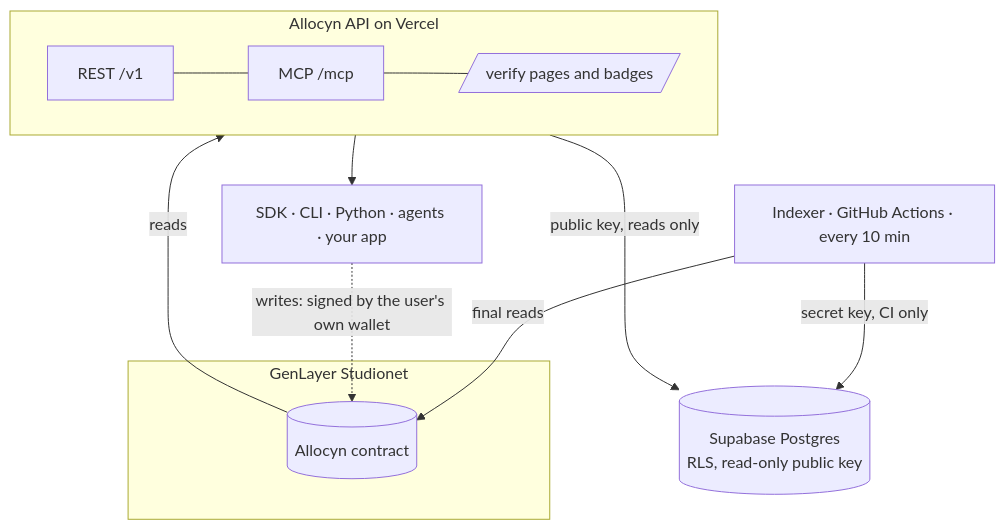
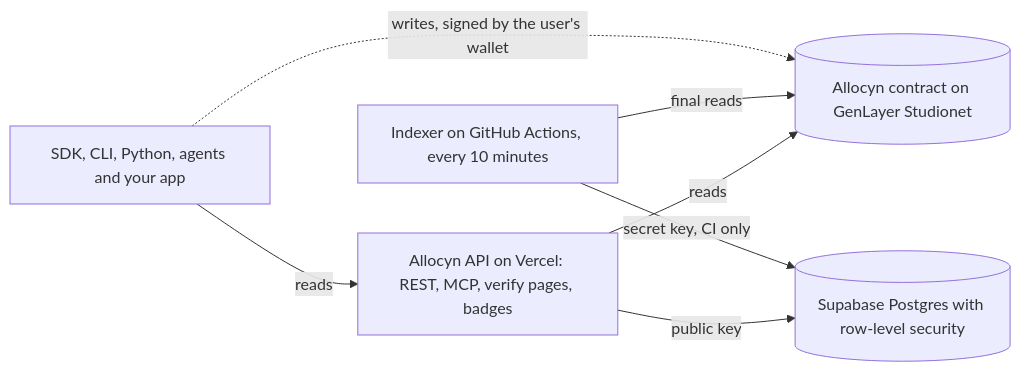
One commit to Said1235/allocyn-api changed the second of 2 diagrams in README.md. Above: the diagram before and after it, drawn with Mermaid. The commit also changed other lines of this file, not shown here.

Commit message:
docs: simpler Mermaid syntax in the README so GitHub renders both diagrams
Claude-Session: https://claude.ai/code/session_019ebmEu4apPTynPw1qyVsoh

````diff
--- a/README.md
+++ b/README.md
@@ -106,15 +106,14 @@
 ```mermaid
-flowchart TB
-  subgraph chain [GenLayer Studionet]
-    K[(Allocyn contract)]
-  end
-  subgraph api [Allocyn API on Vercel]
-    R[REST /v1] --- M[MCP /mcp] --- P[/verify pages and badges/]
-  end
-  K -- "reads" --> api
-  I[Indexer · GitHub Actions · every 10 min] -- "final reads" --> K
-  I -- "secret key, CI only" --> D[(Supabase Postgres<br/>RLS, read-only public key)]
-  api -- "public key, reads only" --> D
-  api --> S[SDK · CLI · Python · agents · your app]
-  S -. "writes: signed by the user's own wallet" .-> K
+flowchart LR
+  S["SDK, CLI, Python, agents and your app"]
+  API["Allocyn API on Vercel: REST, MCP, verify pages, badges"]
+  K[("Allocyn contract on GenLayer Studionet")]
+  D[("Supabase Postgres with row-level security")]
+  I["Indexer on GitHub Actions, every 10 minutes"]
+  S -->|"reads"| API
+  API -->|"reads"| K
+  API -->|"public key"| D
+  I -->|"final reads"| K
+  I -->|"secret key, CI only"| D
+  S -.->|"writes, signed by the user's wallet"| K
 ```
````
